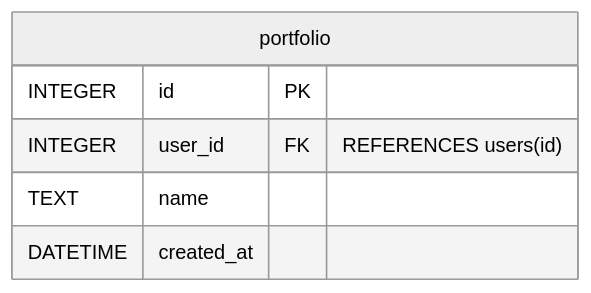
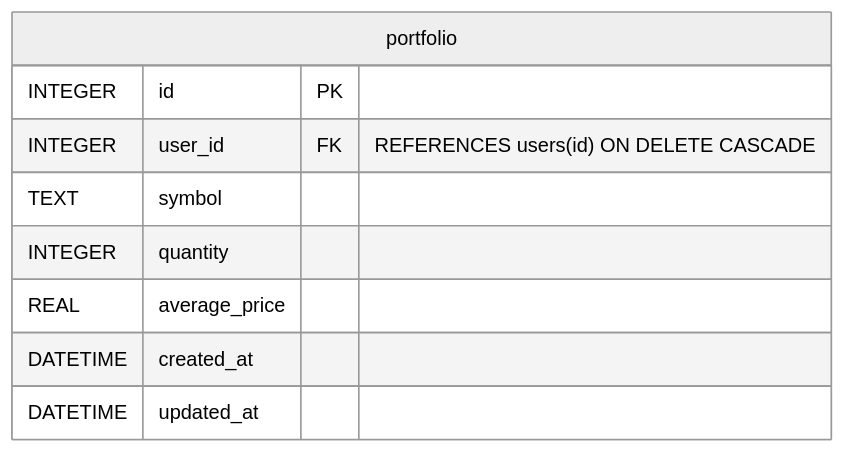
Before and after one commit to DavJesse/stock-folio: the diagram in docs/erd/portfolio.mmd, drawn with Mermaid (neutral theme). The commit also changed 1 other file, not shown here.

Commit message:
ocs: update erd diagrams for portfolio table (#12.2)

```diff
--- a/docs/erd/portfolio.mmd
+++ b/docs/erd/portfolio.mmd
@@ -1,8 +1,11 @@
 erDiagram
   %% Portfolio table
   portfolio {
-        INTEGER id PK
-        INTEGER user_id FK "REFERENCES users(id)"
-        TEXT name
-        DATETIME created_at
+      INTEGER id PK
+      INTEGER user_id FK "REFERENCES users(id) ON DELETE CASCADE"
+      TEXT symbol
+      INTEGER quantity
+      REAL average_price
+      DATETIME created_at
+      DATETIME updated_at
     }
```
